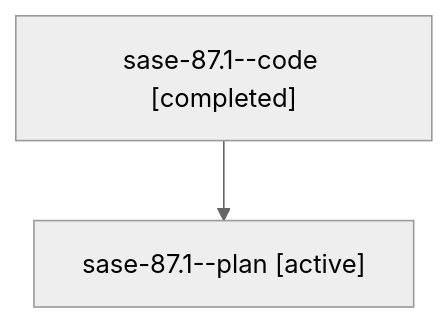
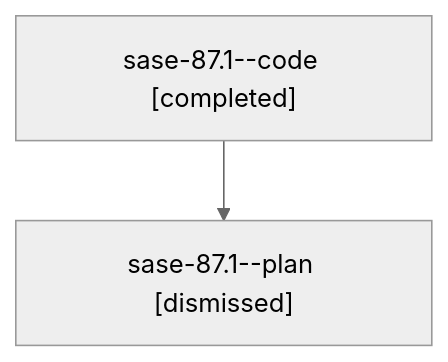
The diagram in sessions/bbugyi200.athena.sase-87.1.md (sase-org/sase--agents), drawn with Mermaid (neutral theme) before and after one commit. The commit also changed other lines of this file and 88 other files, not shown here.

````diff
--- a/sessions/bbugyi200.athena.sase-87.1.md
+++ b/sessions/bbugyi200.athena.sase-87.1.md
@@ -9,6 +9,6 @@
 ```mermaid
 flowchart TD
   n0["sase-87.1--code [completed]"]
-  n1["sase-87.1--plan [active]"]
+  n1["sase-87.1--plan [dismissed]"]
   n0 --> n1
 ```
````
